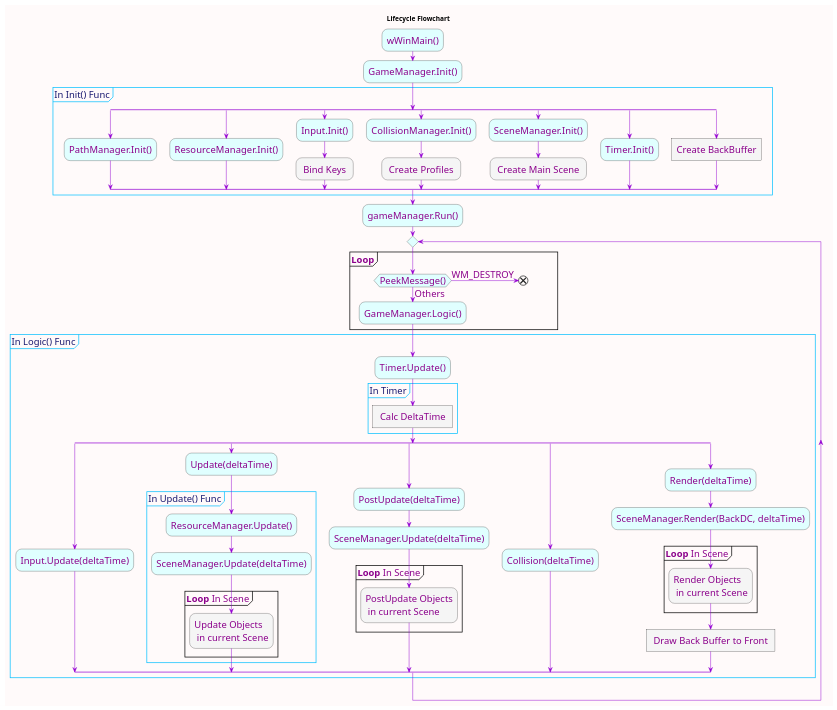
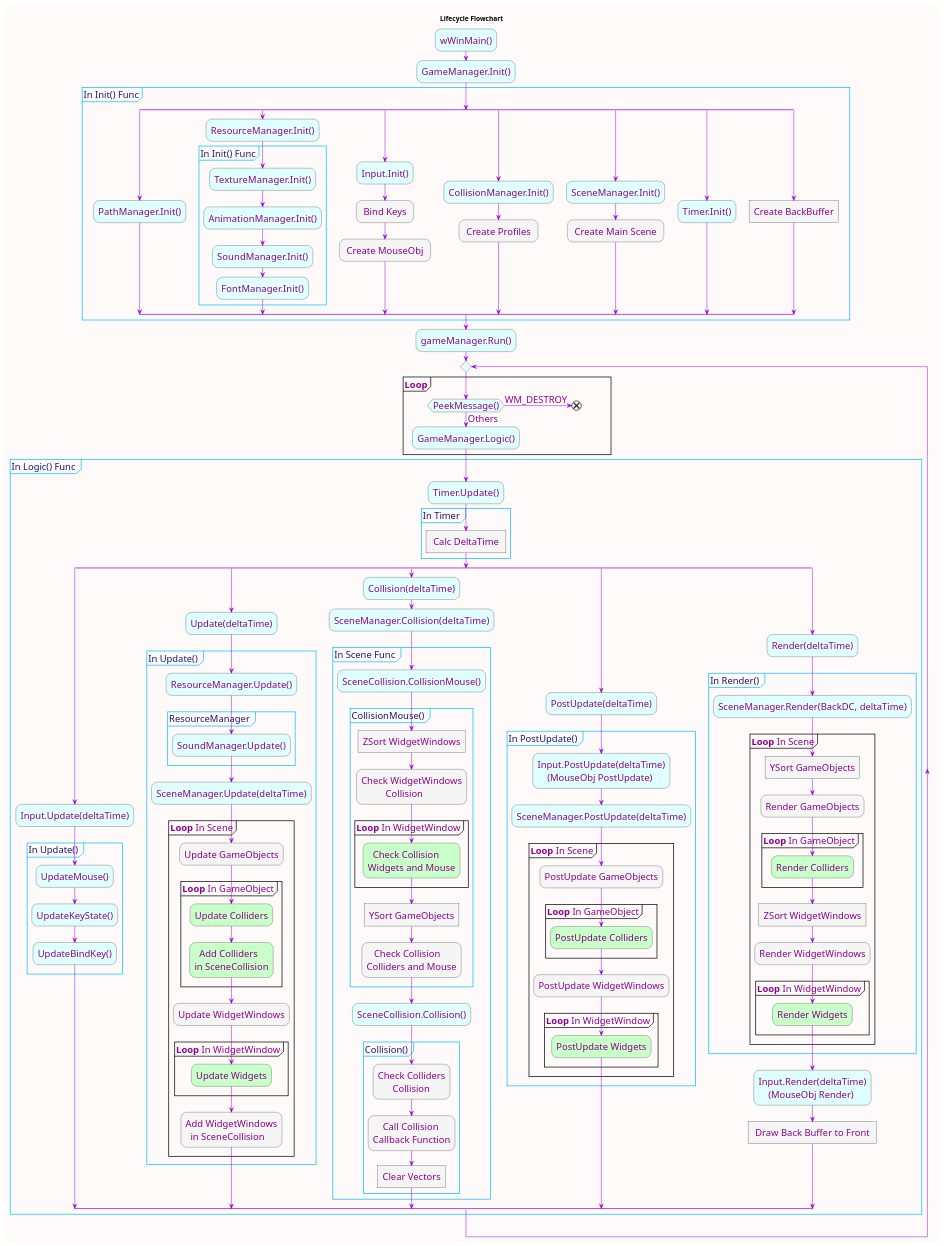
One commit to leekkang/StudyEngineering changed the diagram in docs/diagram/API_framework.wsd. Above: the diagram before and after it, drawn with PlantUML. The commit also changed 1 other file, not shown here.

Commit message:
update framework diagram

```diff
--- a/docs/diagram/API_framework.wsd
+++ b/docs/diagram/API_framework.wsd
@@ -36,9 +36,16 @@
     :PathManager.Init();
   split again
     :ResourceManager.Init();
+    partition "In Init() Func" {
+      :TextureManager.Init();
+      :AnimationManager.Init();
+      :SoundManager.Init();
+      :FontManager.Init();
+    }
   split again
     :Input.Init();
     #WhiteSmoke: Bind Keys ;
+    #WhiteSmoke: Create MouseObj ;
   split again
     :CollisionManager.Init();
     #WhiteSmoke: Create Profiles ;
@@ -65,46 +72,128 @@
 end group
 
 
-partition "In Logic() Func" {
+partition "In Logic() Func " {
   :Timer.Update();
-  partition "In Timer" {
+  partition "In Timer " {
     #WhiteSmoke: Calc DeltaTime ]
   }
 
   split
     :Input.Update(deltaTime);
+    partition "In Update() " {
+      :UpdateMouse();
+      :UpdateKeyState();
+      :UpdateBindKey();
+    }
+
   split again
     :Update(deltaTime);
-    partition "In Update() Func" {
+    partition "In Update() " {
       :ResourceManager.Update();
+      partition "ResourceManager " {
+        :SoundManager.Update();
+      }
+
       :SceneManager.Update(deltaTime);
-      
       group **Loop** In Scene
-        #WhiteSmoke:Update Objects
-         in current Scene;
+
+        #WhiteSmoke:Update GameObjects;
+        group **Loop** In GameObject
+          #TECHNOLOGY:Update Colliders;
+          #TECHNOLOGY:  Add Colliders
+          in SceneCollision;
+        end group
+
+        #WhiteSmoke:Update WidgetWindows;
+        group **Loop** In WidgetWindow
+          #TECHNOLOGY:Update Widgets;
+        end group
+
+          #WhiteSmoke:Add WidgetWindows
+            in SceneCollision;
       end group
     }
-  split again
-    :PostUpdate(deltaTime);
-    :SceneManager.Update(deltaTime);
-    
-    group **Loop** In Scene 
-      #WhiteSmoke:PostUpdate Objects
-       in current Scene;
-    end group
 
   split again
     :Collision(deltaTime);
+
+    :SceneManager.Collision(deltaTime);
+    partition "In Scene Func " {
+      
+      :SceneCollision.CollisionMouse();
+      partition "CollisionMouse() " {
+
+        #WhiteSmoke:ZSort WidgetWindows]
+        #WhiteSmoke:Check WidgetWindows
+                  Collision;
+        group **Loop** In WidgetWindow
+          #TECHNOLOGY:  Check Collision
+          Widgets and Mouse;
+        end group
+
+        #WhiteSmoke:YSort GameObjects]
+        #WhiteSmoke:   Check Collision
+        Colliders and Mouse;
+      }
+
+      
+      :SceneCollision.Collision();
+      partition "Collision() " {
+
+        #WhiteSmoke:Check Colliders
+              Collision;
+        #WhiteSmoke:    Call Collision
+        Callback Function;
+        #WhiteSmoke:Clear Vectors]
+      }
+    }
+
+  split again
+    :PostUpdate(deltaTime);
+    partition "In PostUpdate() " {
+
+      :Input.PostUpdate(deltaTime)
+          (MouseObj PostUpdate);
+
+      :SceneManager.PostUpdate(deltaTime);
+      group **Loop** In Scene
+
+        #WhiteSmoke:PostUpdate GameObjects;
+        group **Loop** In GameObject
+          #TECHNOLOGY:PostUpdate Colliders;
+        end group
+
+        #WhiteSmoke:PostUpdate WidgetWindows;
+        group **Loop** In WidgetWindow
+          #TECHNOLOGY:PostUpdate Widgets;
+        end group
+      end group
+    }
+
   split again
     :Render(deltaTime);
-    :SceneManager.Render(BackDC, deltaTime);
-    
-    group **Loop** In Scene
-      #WhiteSmoke:Render Objects
-       in current Scene;
-    end group
+    partition "In Render() " {
 
+      :SceneManager.Render(BackDC, deltaTime);
+      group **Loop** In Scene
+        #WhiteSmoke:YSort GameObjects]
+        #WhiteSmoke:Render GameObjects;
+        group **Loop** In GameObject
+          #TECHNOLOGY:Render Colliders;
+        end group
+        
+        #WhiteSmoke:ZSort WidgetWindows]
+        #WhiteSmoke:Render WidgetWindows;
+        group **Loop** In WidgetWindow
+          #TECHNOLOGY:Render Widgets;
+        end group
+      end group
+    }
+
+    :Input.Render(deltaTime)
+        (MouseObj Render);
     #WhiteSmoke: Draw Back Buffer to Front ]
+
   end split
 }
 
```
